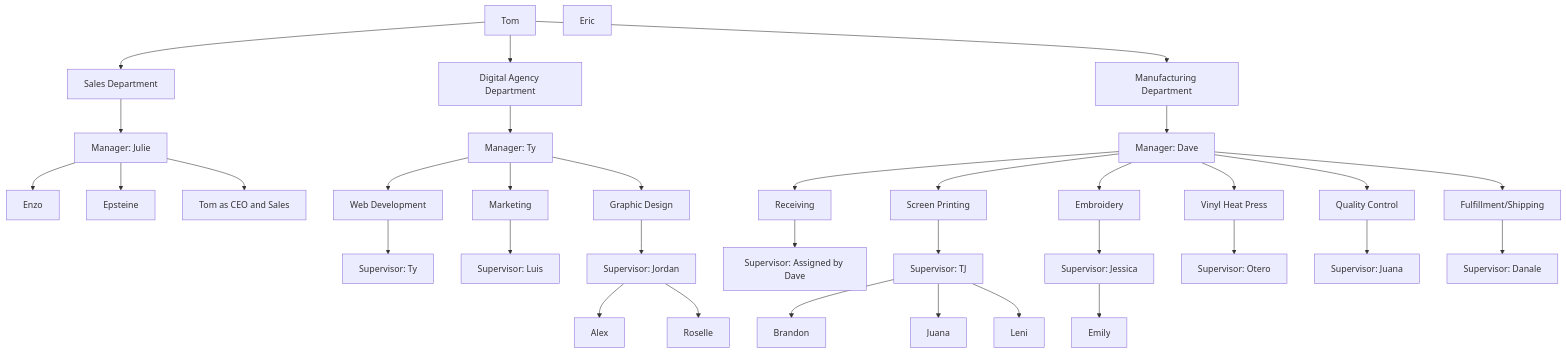
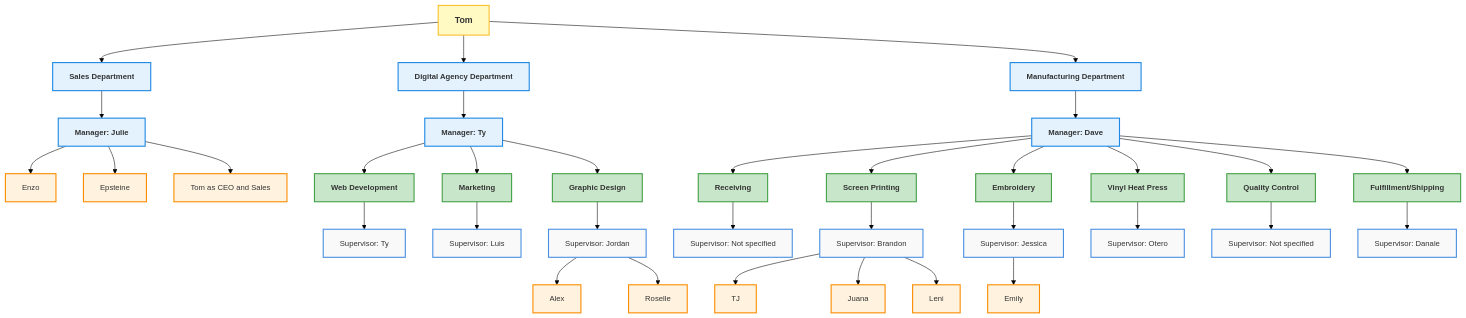
The first of 11 diagrams in README.md (TyGrim13/4WinnerFlows), drawn with Mermaid before and after one commit.

````diff
--- a/README.md
+++ b/README.md
@@ -28,7 +28,16 @@
 ```mermaid
 
+%%{init: {'theme': 'forest', 'themeVariables': { 'primaryColor': '#4a90e2', 'edgeLabelBackground': '#ffffff', 'tertiaryColor': '#f4f4f4', 'primaryBorderColor': '#333', 'primaryTextColor': '#333', 'fontFamily': 'Arial'}}}%%
+
 flowchart TD
-    CEO[Tom] & Eric
+    classDef default fill:#f9f9f9,stroke:#4a90e2,stroke-width:2px,color:#333,font-family:'Arial',font-size:14px;
+    classDef manager fill:#e3f2fd,stroke:#1e88e5,stroke-width:2px,color:#333,font-family:'Arial',font-size:14px,font-weight:bold;
+    classDef supervisor fill:#c8e6c9,stroke:#43a047,stroke-width:2px,color:#333,font-family:'Arial',font-size:14px,font-weight:bold;
+    classDef team fill:#fff3e0,stroke:#fb8c00,stroke-width:2px,color:#333,font-family:'Arial',font-size:14px;
+    classDef ceo fill:#fff9c4,stroke:#fbc02d,stroke-width:2px,color:#333,font-family:'Arial',font-size:16px,font-weight:bold;
+
+    CEO[Tom]
+    class CEO ceo
     SalesDept[Sales Department]
     SalesMgr[Manager: Julie]
     Enzo[Enzo]
@@ -39,6 +48,9 @@
     SalesMgr --> Enzo
     SalesMgr --> Epsteine
     SalesMgr --> TomAsSales
+
+    class SalesDept,SalesMgr manager
+    class Enzo,Epsteine,TomAsSales team
 
     DigitalAgency[Digital Agency Department]
     DigitalMgr[Manager: Ty]
@@ -61,13 +73,17 @@
     GDSup --> Alex
     GDSup --> Roselle
 
+    class DigitalAgency,DigitalMgr manager
+    class WebDev,Marketing,GraphicDesign supervisor
+    class Alex,Roselle team
+
     Manufacturing[Manufacturing Department]
     ManuMgr[Manager: Dave]
     Receiving[Receiving]
-    RecSup[Supervisor: Assigned by Dave]
+    RecSup[Supervisor: Not specified]
     ScreenPrinting[Screen Printing]
-    SP[Supervisor: TJ]
-    SPBrandon[Brandon]
+    SP[Supervisor: Brandon]
+    SPTJ[TJ]
     SPJuana[Juana]
     SPLeni[Leni]
     Embroidery[Embroidery]
@@ -76,7 +92,7 @@
     VinylHeatPress[Vinyl Heat Press]
     VHP[Supervisor: Otero]
     QualityControl[Quality Control]
-    QCSup[Supervisor: Juana]
+    QCSup[Supervisor: Not specified]
     FulfillmentShipping[Fulfillment/Shipping]
     FulfillSup[Supervisor: Danale]
     CEO --> Manufacturing
@@ -85,7 +101,7 @@
     Receiving --> RecSup
     ManuMgr --> ScreenPrinting
     ScreenPrinting --> SP
-    SP --> SPBrandon
+    SP --> SPTJ
     SP --> SPJuana
     SP --> SPLeni
     ManuMgr --> Embroidery
@@ -98,5 +114,10 @@
     ManuMgr --> FulfillmentShipping
     FulfillmentShipping --> FulfillSup
 
+    class Manufacturing,ManuMgr manager
+    class Receiving,ScreenPrinting,Embroidery,VinylHeatPress,QualityControl,FulfillmentShipping supervisor
+    class SPTJ,SPJuana,SPLeni,Emily team
+
+
 
 ```
````
